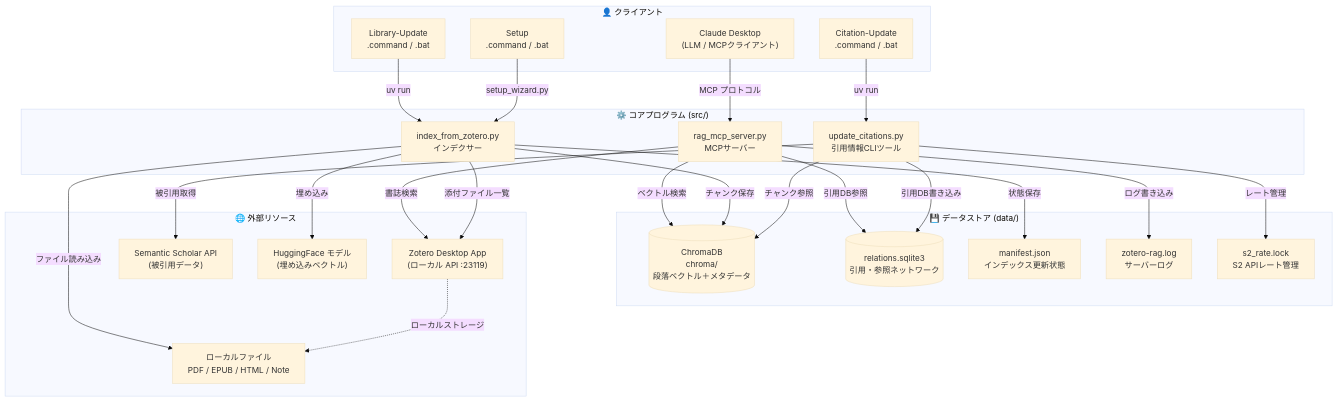
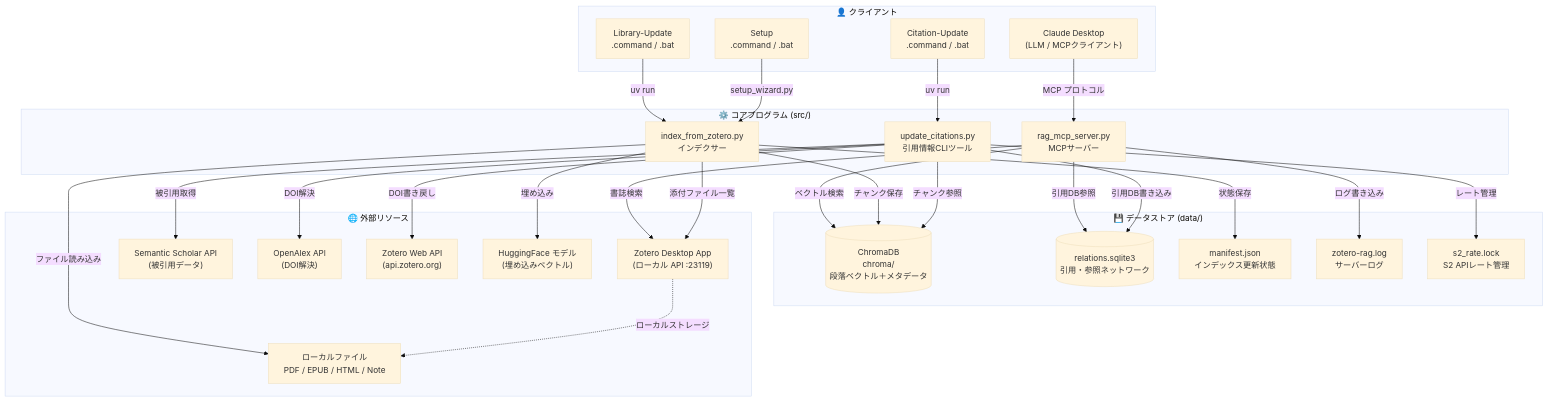
Before and after one commit to knagata/zotero-local-rag: the first of 4 diagrams in ARCHITECTURE.md, drawn with Mermaid (base theme). The commit also changed other lines of this file and 16 other files, not shown here.

````diff
--- a/ARCHITECTURE.md
+++ b/ARCHITECTURE.md
@@ -7,53 +7,57 @@
 ```mermaid
 flowchart TB
   subgraph CLIENT["👤 クライアント"]
     CD["Claude Desktop\n(LLM / MCPクライアント)"]
     LUC["Library-Update\n.command / .bat"]
     CUC["Citation-Update\n.command / .bat"]
     SC["Setup\n.command / .bat"]
   end
 
   subgraph CORE["⚙️ コアプログラム (src/)"]
     MCP["rag_mcp_server.py\nMCPサーバー"]
     IDX["index_from_zotero.py\nインデクサー"]
     UCT["update_citations.py\n引用情報CLIツール"]
   end
 
   subgraph DATA["💾 データストア (data/)"]
     CHROMA[("ChromaDB\nchroma/\n段落ベクトル＋メタデータ")]
     RELS[("relations.sqlite3\n引用・参照ネットワーク")]
     MANI["manifest.json\nインデックス更新状態"]
     LOG["zotero-rag.log\nサーバーログ"]
     S2L["s2_rate.lock\nS2 APIレート管理"]
   end
 
   subgraph EXT["🌐 外部リソース"]
     ZAPP["Zotero Desktop App\n(ローカル API :23119)"]
     S2API["Semantic Scholar API\n(被引用データ)"]
+    OAAPI["OpenAlex API\n(DOI解決)"]
+    ZWAPI["Zotero Web API\n(api.zotero.org)"]
     HF["HuggingFace モデル\n(埋め込みベクトル)"]
     FILES["ローカルファイル\nPDF / EPUB / HTML / Note"]
   end
 
   CD -- "MCP プロトコル" --> MCP
   LUC -- "uv run" --> IDX
   CUC -- "uv run" --> UCT
   SC -- "setup_wizard.py" --> IDX
 
   MCP -- "ベクトル検索" --> CHROMA
   MCP -- "引用DB参照" --> RELS
   MCP -- "書誌検索" --> ZAPP
   MCP -- "ログ書き込み" --> LOG
 
   IDX -- "チャンク保存" --> CHROMA
   IDX -- "状態保存" --> MANI
   IDX -- "添付ファイル一覧" --> ZAPP
   IDX -- "ファイル読み込み" --> FILES
   IDX -- "埋め込み" --> HF
 
   UCT -- "引用DB書き込み" --> RELS
   UCT -- "被引用取得" --> S2API
+  UCT -- "DOI解決" --> OAAPI
+  UCT -- "DOI書き戻し" --> ZWAPI
   UCT -- "チャンク参照" --> CHROMA
   UCT -- "レート管理" --> S2L
 
   ZAPP -. "ローカルストレージ" .-> FILES
 ```
````
